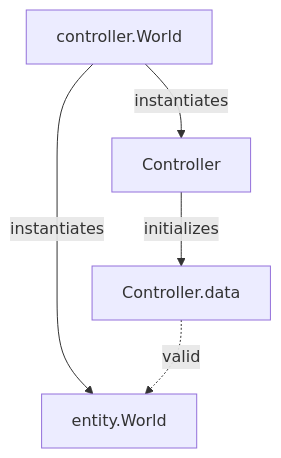
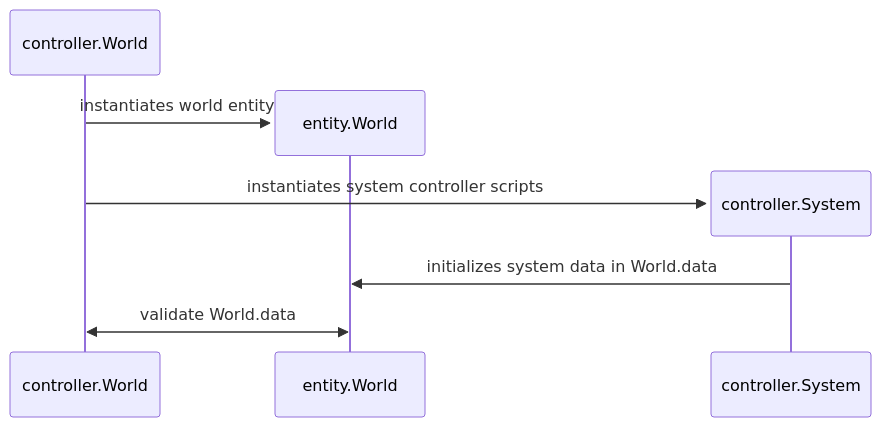
The diagram in README.md (crystalfiction/rpg-simulator), drawn with Mermaid before and after one commit. The commit also changed other lines of this file, not shown here.

````diff
--- a/README.md
+++ b/README.md
@@ -22,9 +29,11 @@
 ```mermaid
-flowchart
-    controller.World --instantiates--> entity.World
-    
-    controller.World --instantiates--> Controller
-    Controller --initializes--> Controller.data
-    Controller.data -.valid.-> entity.World
-    
+sequenceDiagram
+    participant controller.World
+    create participant entity.World
+    controller.World->>entity.World: instantiates world entity
+    create participant controller.System
+    controller.World->>controller.System: instantiates system controller scripts
+    controller.System->>entity.World: initializes system data in World.data
+    controller.World<<->>entity.World: validate World.data
+
 ```
````
